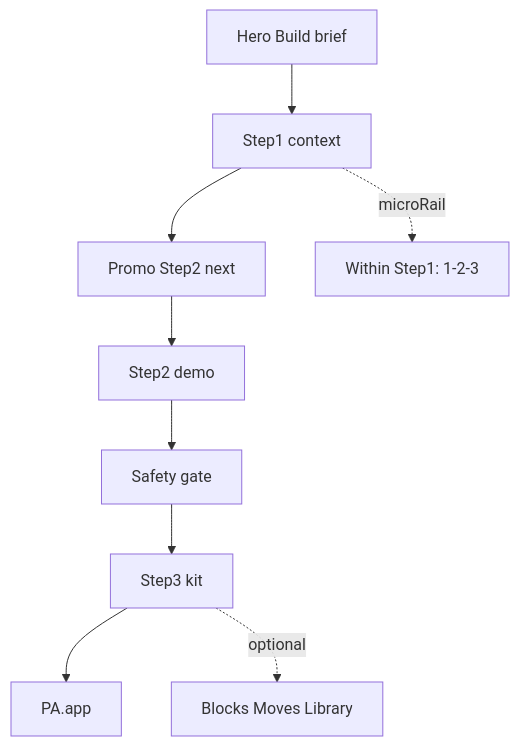
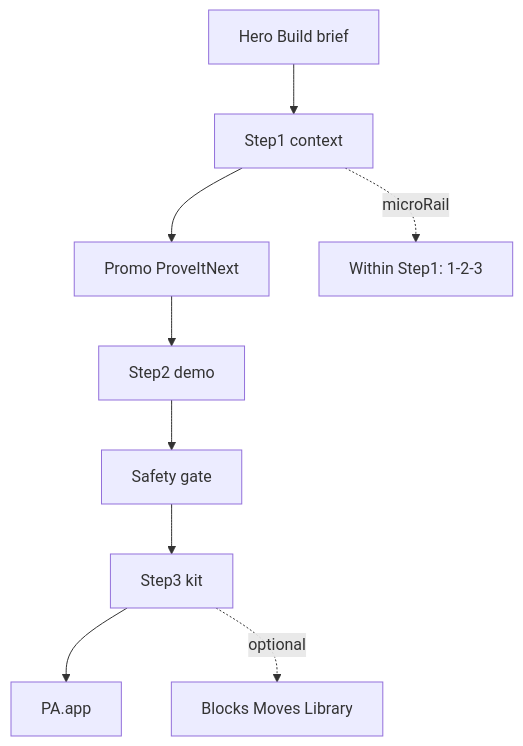
Before and after one commit to DITreneris/leader: the diagram in docs/USER_JOURNEY.md, drawn with Mermaid. The commit also changed other lines of this file and 17 other files, not shown here.

First line of the commit message:
fix(mobile): audit v2 — hero diagram, tap targets, iOS inputs; de-noise Step labels

````diff
--- a/docs/USER_JOURNEY.md
+++ b/docs/USER_JOURNEY.md
@@ -41,11 +41,11 @@
 ```mermaid
 flowchart TD
   Hero[Hero Build brief] --> S1["Step1 context"]
-  S1 --> Promo["Promo Step2 next"]
+  S1 --> Promo["Promo ProveItNext"]
   Promo --> S2["Step2 demo"]
   S2 --> Gate[Safety gate]
   Gate --> S3["Step3 kit"]
   S3 --> Scale[PA.app]
   S1 -. microRail .-> M1["Within Step1: 1-2-3"]
   S3 -. optional .-> Depth[Blocks Moves Library]
 ```
````
